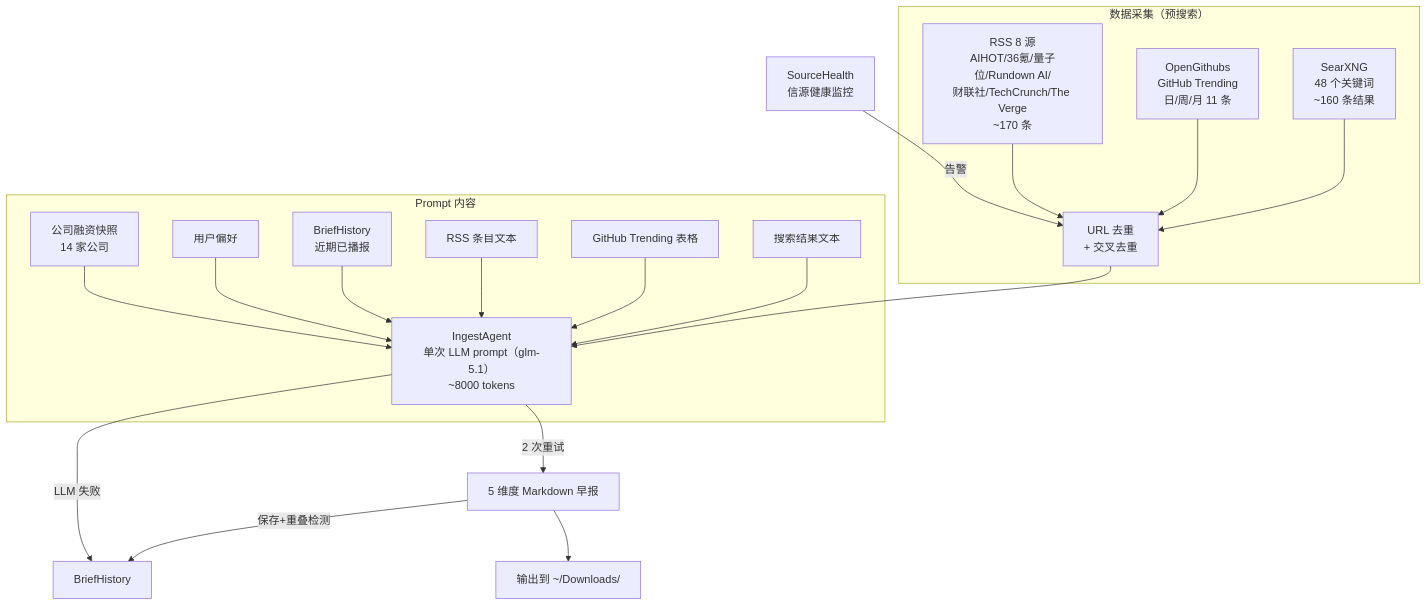
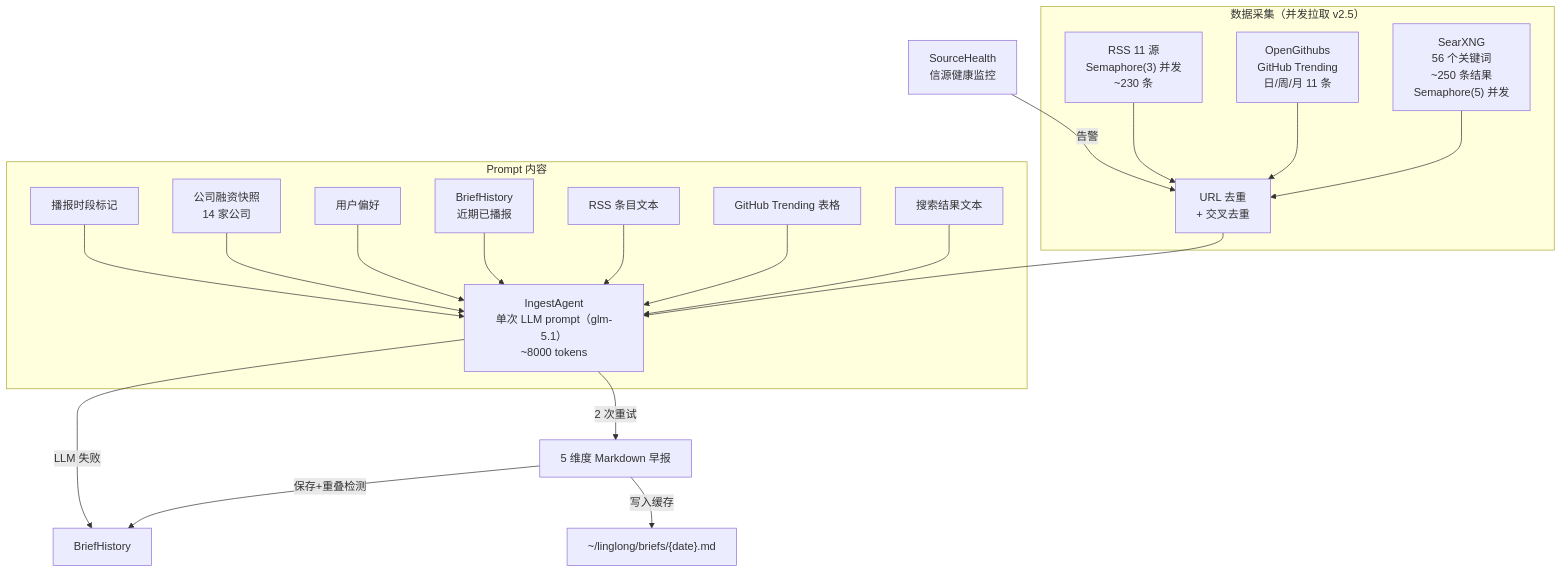
Before and after one commit to xinovate/linglong-knowledge: the diagram in docs/ingest/design/00-overview.md, drawn with Mermaid. The commit also changed other lines of this file and 1 other file, not shown here.

````diff
--- a/docs/ingest/design/00-overview.md
+++ b/docs/ingest/design/00-overview.md
@@ -29,25 +29,26 @@
 ```mermaid
 graph TD
-    subgraph "数据采集（预搜索）"
-        A1[SearXNG<br/>48 个关键词<br/>~160 条结果] --> D[URL 去重<br/>+ 交叉去重]
-        A2[OpenGithubs<br/>GitHub Trending<br/>日/周/月 11 条] --> D
-        A3[RSS 8 源<br/>AIHOT/36氪/量子位/Rundown AI/<br/>财联社/TechCrunch/The Verge<br/>~170 条] --> D
+    subgraph "数据采集（并发拉取 v2.5）"
+        A1["SearXNG<br/>56 个关键词<br/>~250 条结果<br/>Semaphore(5) 并发"] --> D[URL 去重<br/>+ 交叉去重]
+        A2["OpenGithubs<br/>GitHub Trending<br/>日/周/月 11 条"] --> D
+        A3["RSS 11 源<br/>Semaphore(3) 并发<br/>~230 条"] --> D
     end
 
     D --> E["IngestAgent<br/>单次 LLM prompt（glm-5.1）<br/>~8000 tokens"]
 
     subgraph "Prompt 内容"
         F1[搜索结果文本] --> E
         F2[GitHub Trending 表格] --> E
         F3[RSS 条目文本] --> E
         F4[BriefHistory<br/>近期已播报] --> E
         F5[用户偏好] --> E
         F6[公司融资快照<br/>14 家公司] --> E
+        F7[播报时段标记] --> E
     end
 
     E -->|2 次重试| G[5 维度 Markdown 早报]
     G -->|保存+重叠检测| H[BriefHistory]
     E -->|LLM 失败| H
-    G --> I[输出到 ~/Downloads/]
+    G -->|写入缓存| I["~/linglong/briefs/{date}.md"]
     J[SourceHealth<br/>信源健康监控] -->|告警| D
 ```
````
